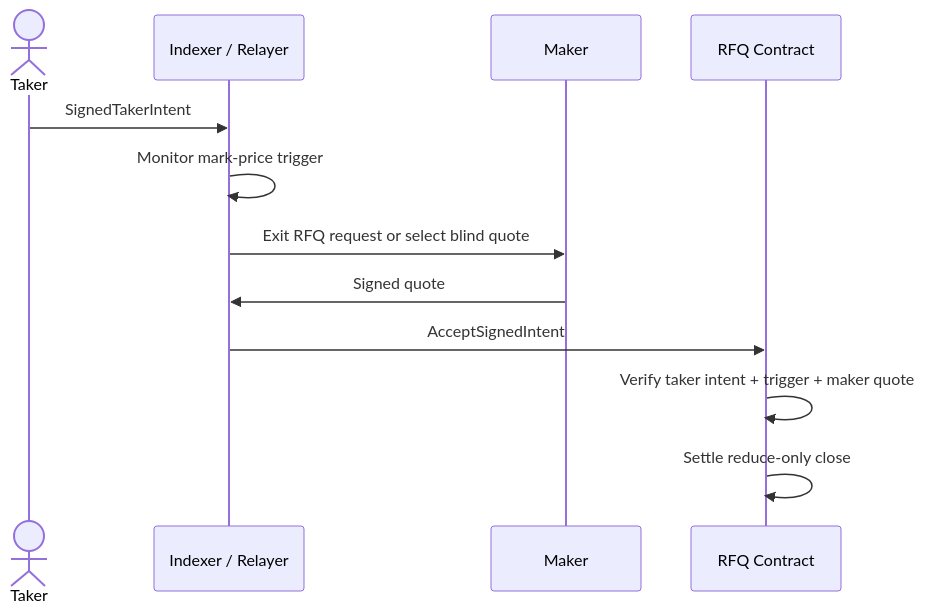
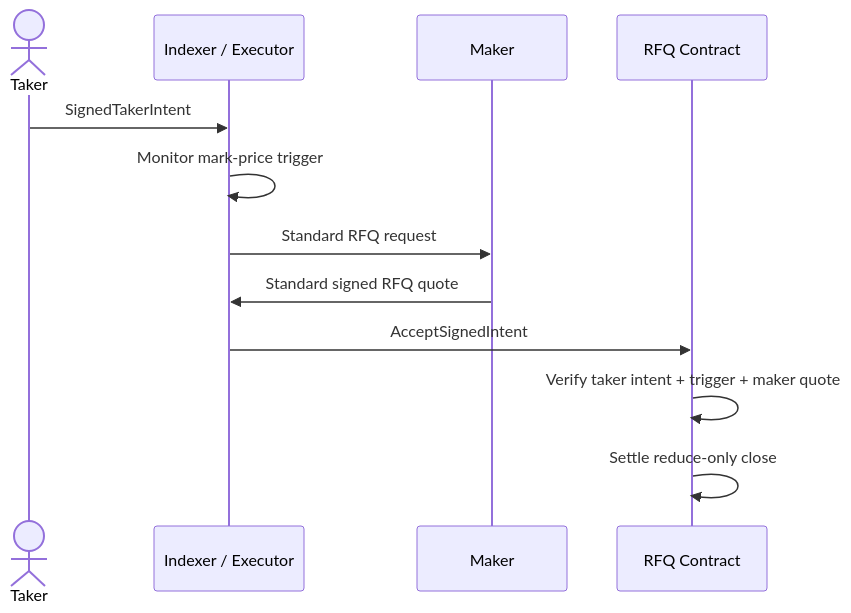
One commit to TrueCurrent/truecurrent-docs changed the second of 2 diagrams in mintlify/technical/how-rfq-works.md. Above: the diagram before and after it, drawn with Mermaid. The commit also changed other lines of this file and 32 other files, not shown here.

Commit message:
docs: clarify TP/SL maker flow

````diff
--- a/mintlify/technical/how-rfq-works.md
+++ b/mintlify/technical/how-rfq-works.md
@@ -119,15 +119,15 @@
 ```mermaid
 sequenceDiagram
     actor Taker
-    participant Indexer as Indexer / Relayer
+    participant Indexer as Indexer / Executor
     participant Maker as Maker
     participant Contract as RFQ Contract
 
     Taker->>Indexer: SignedTakerIntent
     Indexer->>Indexer: Monitor mark-price trigger
-    Indexer->>Maker: Exit RFQ request or select blind quote
-    Maker->>Indexer: Signed quote
+    Indexer->>Maker: Standard RFQ request
+    Maker->>Indexer: Standard signed RFQ quote
     Indexer->>Contract: AcceptSignedIntent
     Contract->>Contract: Verify taker intent + trigger + maker quote
     Contract->>Contract: Settle reduce-only close
 ```
````
